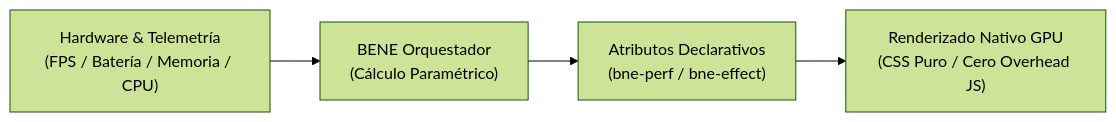
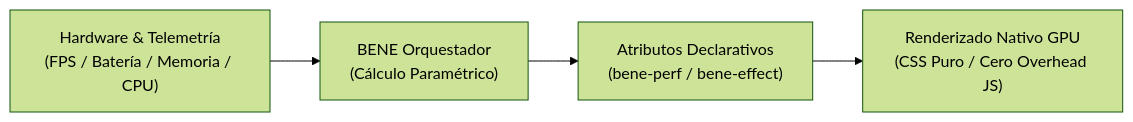
Before and after one commit to clepces/buca-ai: the diagram in docs/bene/README.md, drawn with Mermaid (forest theme). The commit also changed other lines of this file and 31 other files, not shown here.

````diff
--- a/docs/bene/README.md
+++ b/docs/bene/README.md
@@ -14,6 +14,6 @@
 ```mermaid
 flowchart LR
     A["Hardware & Telemetría<br/>(FPS / Batería / Memoria / CPU)"] --> B["BENE Orquestador<br/>(Cálculo Paramétrico)"]
-    B --> C["Atributos Declarativos<br/>(bne-perf / bne-effect)"]
+    B --> C["Atributos Declarativos<br/>(bene-perf / bene-effect)"]
     C --> D["Renderizado Nativo GPU<br/>(CSS Puro / Cero Overhead JS)"]
 ```
````
